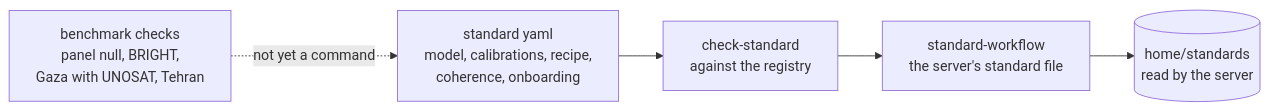
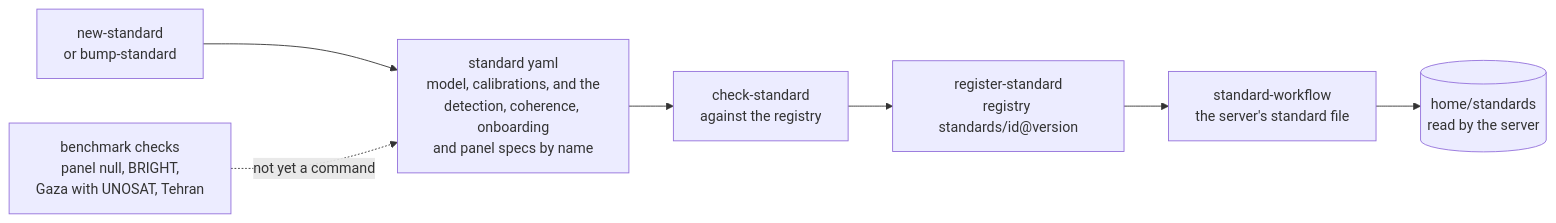
One commit to conflict-ecology/ponzi-suite changed the fifth of 5 diagrams in docs/method/workflows.md. Above: the diagram before and after it, drawn with Mermaid. The commit also changed other lines of this file and 54 other files, not shown here.

````diff
--- a/docs/method/workflows.md
+++ b/docs/method/workflows.md
@@ -191,7 +191,9 @@
 ```mermaid
 flowchart LR
-  std["standard yaml<br/>model, calibrations, recipe,<br/>coherence, onboarding"] --> check["check-standard<br/>against the registry"]
-  check --> wf["standard-workflow<br/>the server's standard file"]
+  newstd["new-standard<br/>or bump-standard"] --> std
+  std["standard yaml<br/>model, calibrations, and the<br/>detection, coherence, onboarding<br/>and panel specs by name"] --> check["check-standard<br/>against the registry"]
+  check --> regstd["register-standard<br/>registry standards/id@version"]
+  regstd --> wf["standard-workflow<br/>the server's standard file"]
   wf --> served[("home/standards<br/>read by the server")]
   bench["benchmark checks<br/>panel null, BRIGHT,<br/>Gaza with UNOSAT, Tehran"] -. "not yet a command" .-> std
 ```
````
